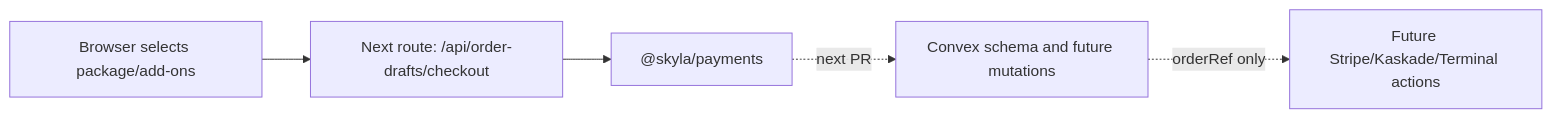
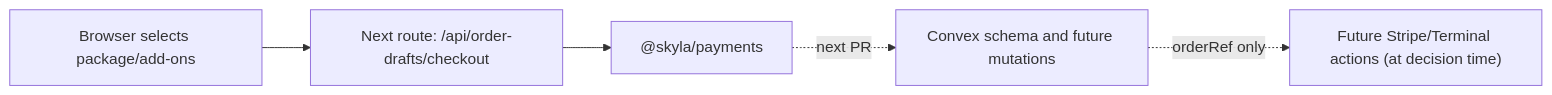
One commit to junyengit/skyla changed the diagram in docs/decisions/0003-convex-order-spine.md. Above: the diagram before and after it, drawn with Mermaid. The commit also changed other lines of this file and 121 other files, not shown here.

````diff
--- a/docs/decisions/0003-convex-order-spine.md
+++ b/docs/decisions/0003-convex-order-spine.md
@@ -31,12 +32,12 @@
 ```mermaid
 flowchart LR
   browser["Browser selects package/add-ons"]
   route["Next route: /api/order-drafts/checkout"]
   contracts["@skyla/payments"]
   convex["Convex schema and future mutations"]
-  provider["Future Stripe/Kaskade/Terminal actions"]
+  provider["Future Stripe/Terminal actions (at decision time)"]
 
   browser --> route --> contracts
   contracts -. next PR .-> convex
   convex -. orderRef only .-> provider
 ```
````
